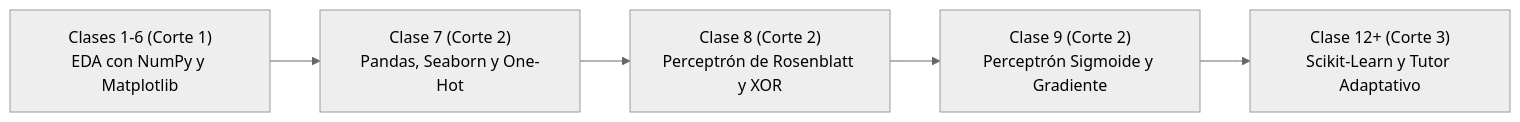
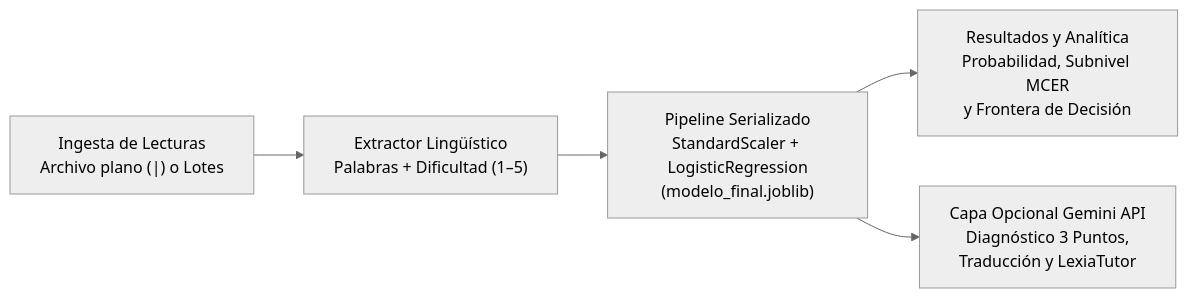
One commit to moliech/IA_TutorIngles changed the diagram in README.md. Above: the diagram before and after it, drawn with Mermaid (neutral theme). The commit also changed other lines of this file and 10 other files, not shown here.

````diff
--- a/README.md
+++ b/README.md
@@ -40,7 +57,7 @@
 ```mermaid
 flowchart LR
-    C1["Clases 1-6 (Corte 1)<br/>EDA con NumPy y Matplotlib"] --> C7["Clase 7 (Corte 2)<br/>Pandas, Seaborn y One-Hot"]
-    C7 --> C8["Clase 8 (Corte 2)<br/>Perceptrón de Rosenblatt y XOR"]
-    C8 --> C9["Clase 9 (Corte 2)<br/>Perceptrón Sigmoide y Gradiente"]
-    C9 --> C12["Clase 12+ (Corte 3)<br/>Scikit-Learn y Tutor Adaptativo"]
+    A["Ingesta de Lecturas<br/>Archivo plano (|) o Lotes"] --> B["Extractor Lingüístico<br/>Palabras + Dificultad (1–5)"]
+    B --> C["Pipeline Serializado<br/>StandardScaler + LogisticRegression<br/>(modelo_final.joblib)"]
+    C --> D["Resultados y Analítica<br/>Probabilidad, Subnivel MCER<br/>y Frontera de Decisión"]
+    C --> E["Capa Opcional Gemini API<br/>Diagnóstico 3 Puntos,<br/>Traducción y LexiaTutor"]
 ```
````
